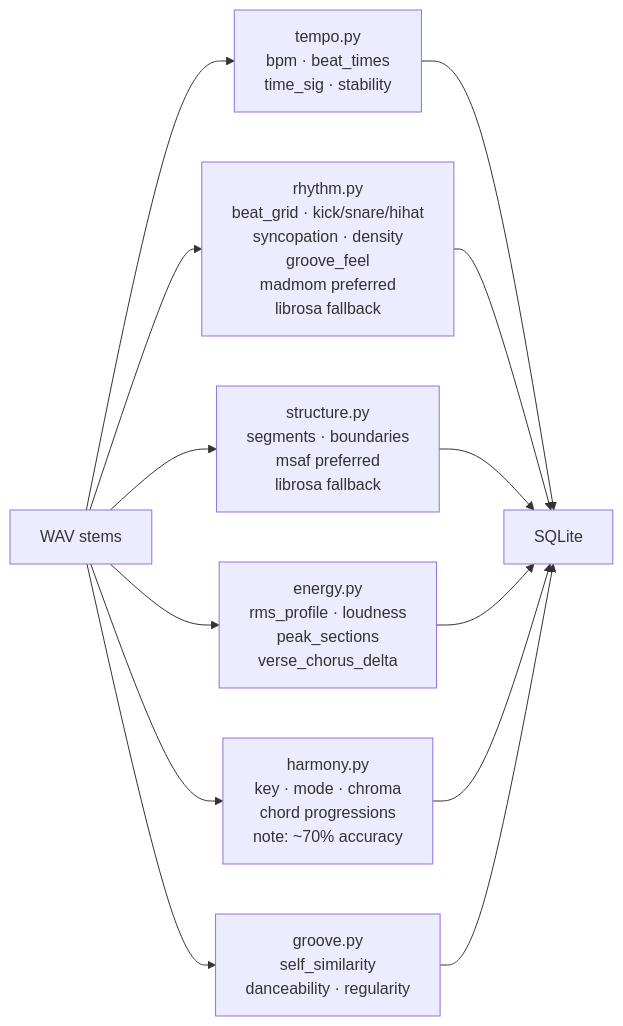
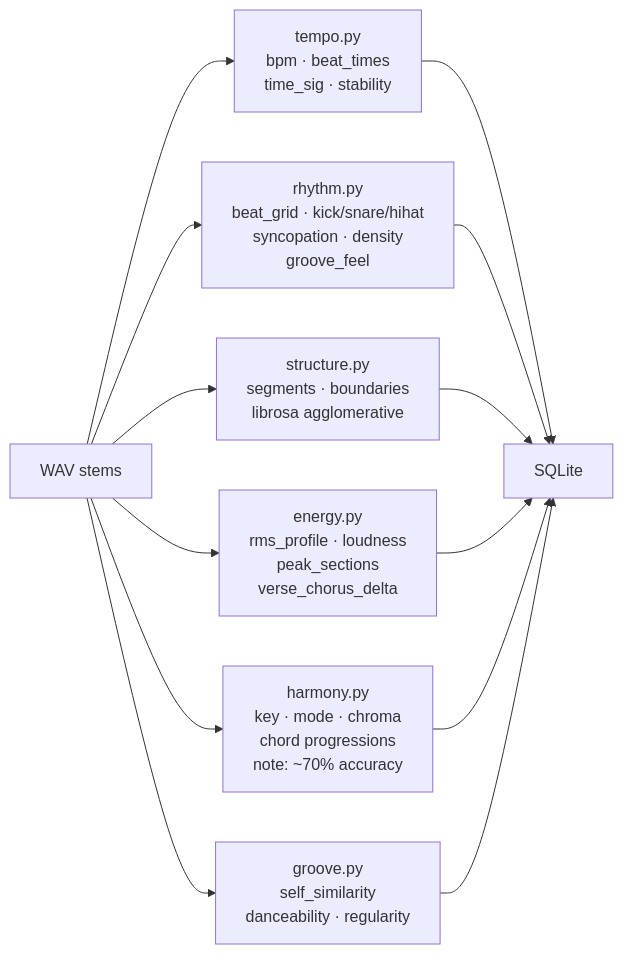
One commit to Macavitymadcap/klf-manual-analyser changed the third of 6 diagrams in docs/DESIGN.md. Above: the diagram before and after it, drawn with Mermaid. The commit also changed other lines of this file and 3 other files, not shown here.

````diff
--- a/docs/DESIGN.md
+++ b/docs/DESIGN.md
@@ -283,10 +265,10 @@
 ```mermaid
 flowchart LR
     A[WAV stems] --> B[tempo.py\nbpm · beat_times\ntime_sig · stability]
-    A --> C[rhythm.py\nbeat_grid · kick/snare/hihat\nsyncopation · density\ngroove_feel\nmadmom preferred\nlibrosa fallback]
-    A --> D[structure.py\nsegments · boundaries\nmsaf preferred\nlibrosa fallback]
+    A --> C[rhythm.py\nbeat_grid · kick/snare/hihat\nsyncopation · density\ngroove_feel]
+    A --> D[structure.py\nsegments · boundaries\nlibrosa agglomerative]
     A --> E[energy.py\nrms_profile · loudness\npeak_sections\nverse_chorus_delta]
     A --> F[harmony.py\nkey · mode · chroma\nchord progressions\nnote: ~70% accuracy]
     A --> G[groove.py\nself_similarity\ndanceability · regularity]
     B & C & D & E & F & G --> H[SQLite]
 ```
````
